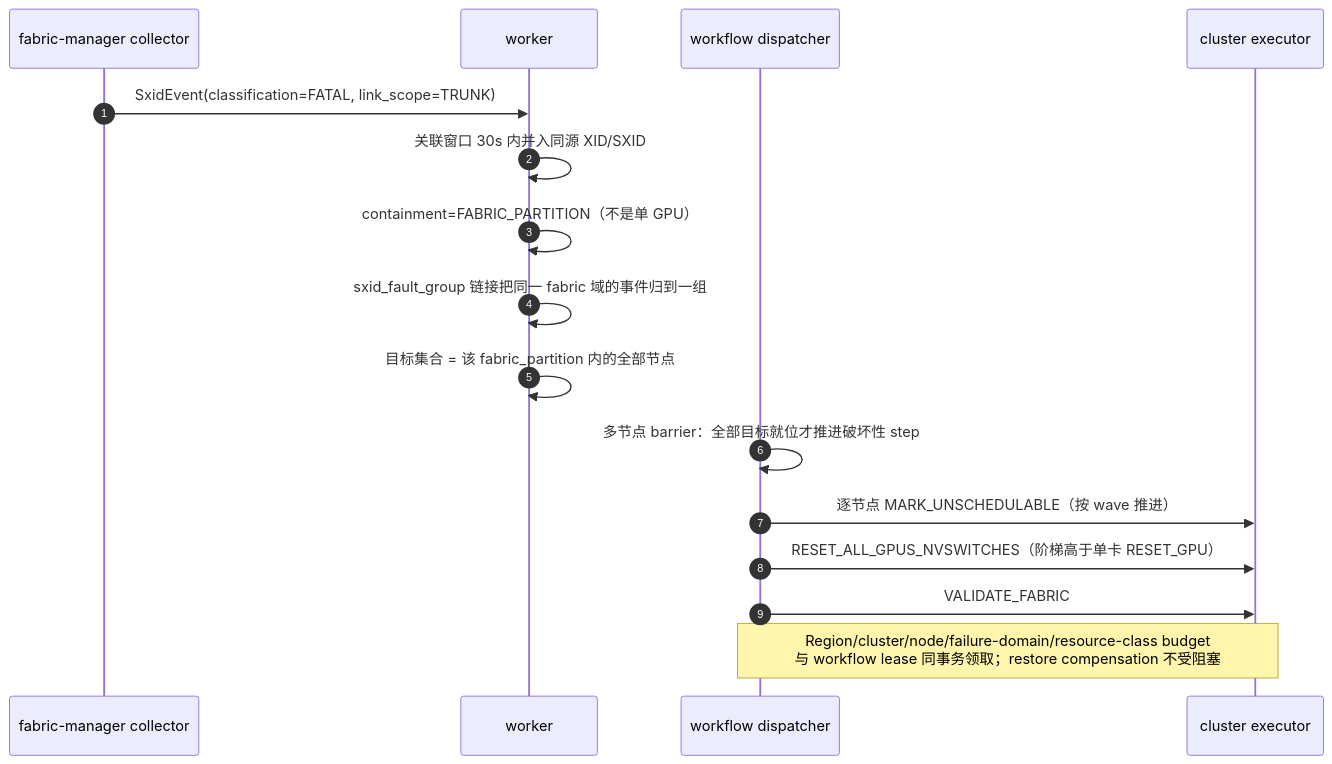
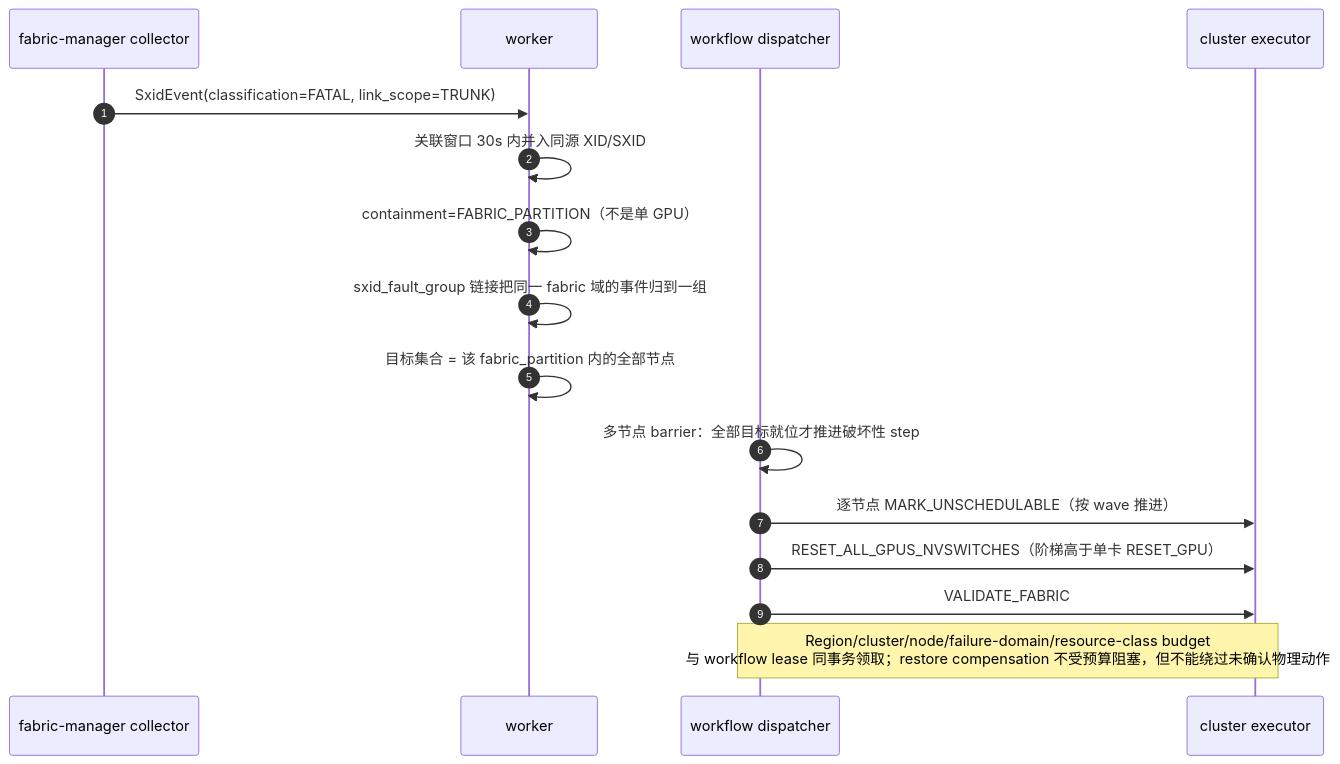
The tenth of 10 diagrams in docs/详细设计-v2.md (yuhuiaws/GPU-Fault-Recovery-System), drawn with Mermaid before and after one commit. The commit also changed other lines of this file and 2461 other files, not shown here.

````diff
--- a/docs/详细设计-v2.md
+++ b/docs/详细设计-v2.md
@@ -2675,19 +2794,19 @@
 ```mermaid
 sequenceDiagram
     autonumber
     participant FM as fabric-manager collector
     participant Wk as worker
     participant D as workflow dispatcher
     participant Ex as cluster executor
 
     FM->>Wk: SxidEvent(classification=FATAL, link_scope=TRUNK)
     Wk->>Wk: 关联窗口 30s 内并入同源 XID/SXID
     Wk->>Wk: containment=FABRIC_PARTITION（不是单 GPU）
     Wk->>Wk: sxid_fault_group 链接把同一 fabric 域的事件归到一组
     Wk->>Wk: 目标集合 = 该 fabric_partition 内的全部节点
     D->>D: 多节点 barrier：全部目标就位才推进破坏性 step
     D->>Ex: 逐节点 MARK_UNSCHEDULABLE（按 wave 推进）
     D->>Ex: RESET_ALL_GPUS_NVSWITCHES（阶梯高于单卡 RESET_GPU）
     D->>Ex: VALIDATE_FABRIC
-    Note over D,Ex: Region/cluster/node/failure-domain/resource-class budget<br/>与 workflow lease 同事务领取；restore compensation 不受阻塞
+    Note over D,Ex: Region/cluster/node/failure-domain/resource-class budget<br/>与 workflow lease 同事务领取；restore compensation 不受预算阻塞，但不能绕过未确认物理动作
 ```
````
